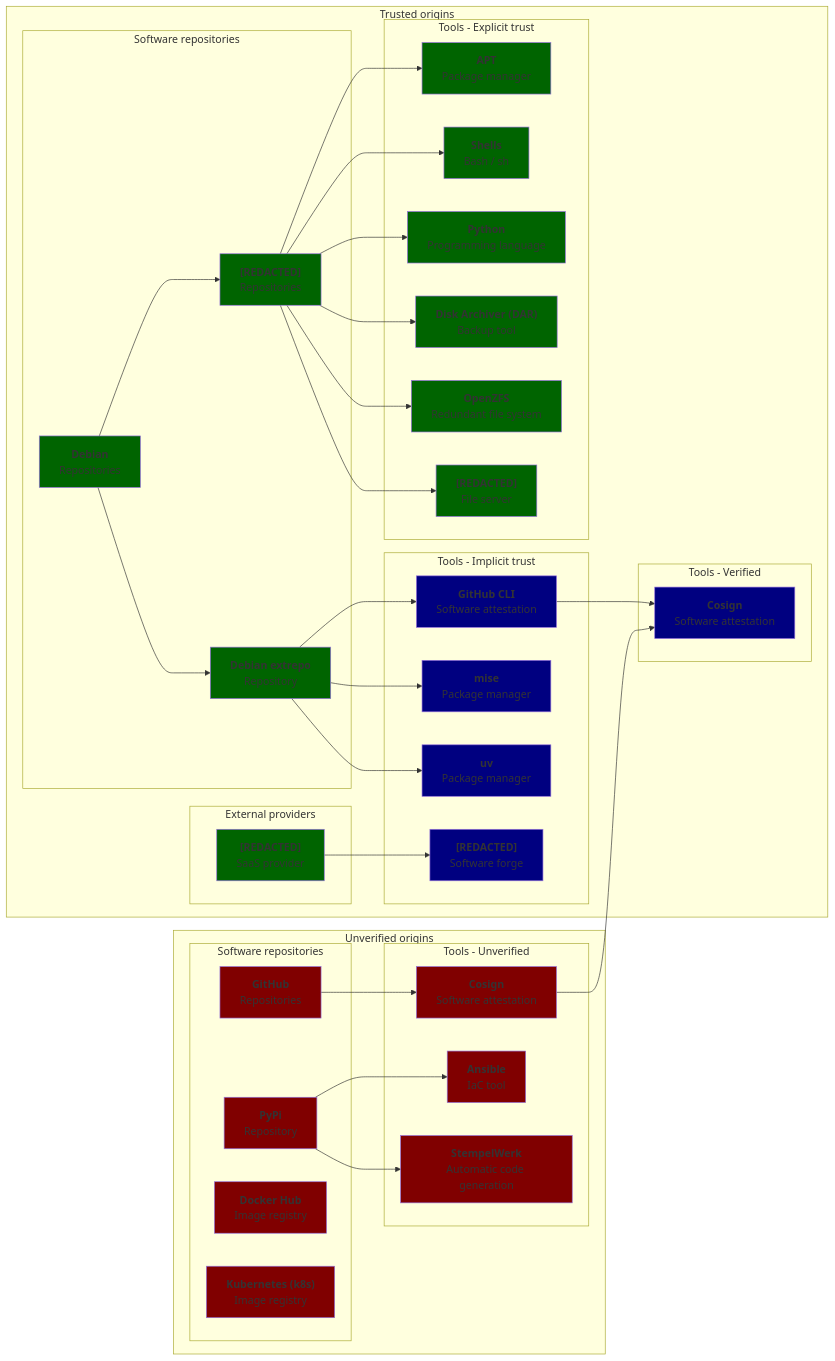
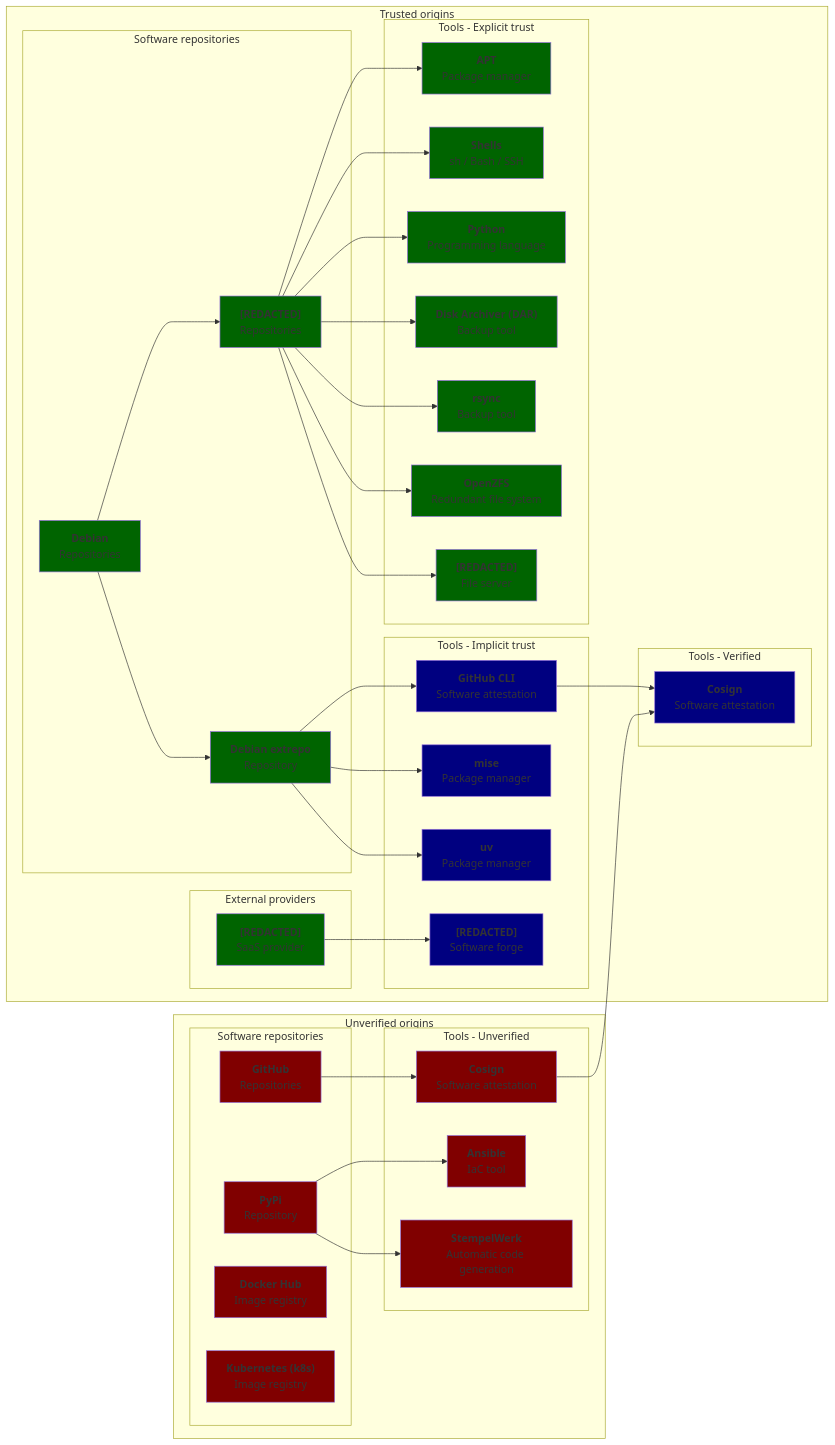
One commit to mzuther/HomelabArchitecture changed the diagram in doc/security/supply_chain_risk.md. Above: the diagram before and after it, drawn with Mermaid.

Commit message:
add tools

````diff
--- a/doc/security/supply_chain_risk.md
+++ b/doc/security/supply_chain_risk.md
@@ -5,57 +5,58 @@
 ```mermaid
 flowchart LR
     classDef explicit_trust fill:DarkGreen;
     classDef implicit_trust fill:Navy;
     classDef unverified fill:Maroon;
 
     subgraph UnverifiedOrigins["Unverified origins"]
         subgraph UnverifiedRepositoryOrigins["Software repositories"]
             GitHubUnverified["`**GitHub**<br>Repositories`"]:::unverified
             PyPiUnverified["`**PyPi**<br>Repository`"]:::unverified
             DockerHubUnverified["`**Docker Hub**<br>Image registry`"]:::unverified
             K8sHubUnverified["`**Kubernetes (k8s)**<br>Image registry`"]:::unverified
         end
 
         subgraph UnverifiedTools["Tools - Unverified"]
             GitHubUnverified --> CosignUnverified["`**Cosign**<br>Software attestation`"]:::unverified
 
             PyPiUnverified --> Ansible["`**Ansible**<br>IaC tool`"]:::unverified
             PyPiUnverified --> StempelWerk["`**StempelWerk**<br>Automatic code generation`"]:::unverified
         end
     end
 
     subgraph TrustedOrigins["Trusted origins"]
         subgraph ExplicitlyTrustedHosting["External providers"]
             SaasProvider["`**[REDACTED]**<br>SaaS provider`"]:::explicit_trust
         end
 
         subgraph TrustedRepositoryOrigins["Software repositories"]
             DebianRepositories["`**Debian**<br>Repositories`"]:::explicit_trust --> OSRepositories["`**[REDACTED]**<br>Repositories`"]:::explicit_trust
 
             DebianRepositories --> DebianExtrepo["`**Debian extrepo**<br>Repository`"]:::explicit_trust
         end
 
         subgraph ExplicitlyTrustedSystemTools["Tools - Explicit trust"]
             OSRepositories --> APT["`**APT**<br>Package manager`"]:::explicit_trust
-            OSRepositories --> Shell["`**Shells**<br>Bash / sh`"]:::explicit_trust
+            OSRepositories --> Shells["`**Shells**<br>sh / Bash / SSH`"]:::explicit_trust
             OSRepositories --> Python["`**Python**<br>Programming language`"]:::explicit_trust
 
             OSRepositories --> DiskArchiver["`**Disk Archiver (DAR)**<br>Backup tool`"]:::explicit_trust
+            OSRepositories --> Rsync["`**rsync**<br>Backup tool`"]:::explicit_trust
             OSRepositories --> OpenZfs["`**OpenZFS**<br>Redundant file system`"]:::explicit_trust
             OSRepositories --> FileServer["`**[REDACTED]**<br>File server`"]:::explicit_trust
         end
 
         subgraph ImplicitlyTrustedTools["Tools - Implicit trust"]
             DebianExtrepo --> GitHubCLI["`**GitHub CLI**<br>Software attestation`"]:::implicit_trust
             DebianExtrepo --> Mise["`**mise**<br>Package manager`"]:::implicit_trust
             DebianExtrepo --> UV["`**uv**<br>Package manager`"]:::implicit_trust
 
             SaasProvider --> SoftwareForge["`**[REDACTED]**<br>Software forge`"]:::implicit_trust
         end
 
         subgraph VerifiedTools["Tools - Verified"]
             CosignUnverified --> Cosign["`**Cosign**<br>Software attestation`"]:::implicit_trust
             GitHubCLI --> Cosign
         end
     end
 ```
````
